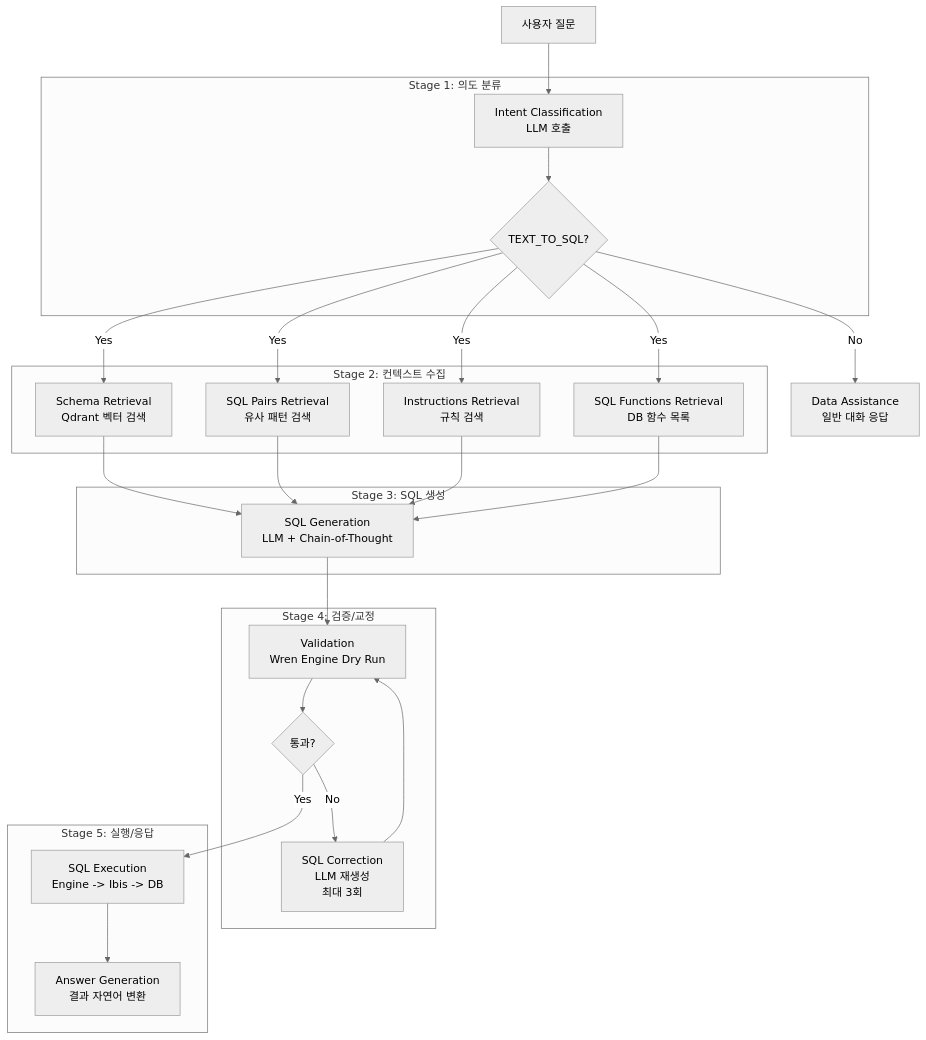
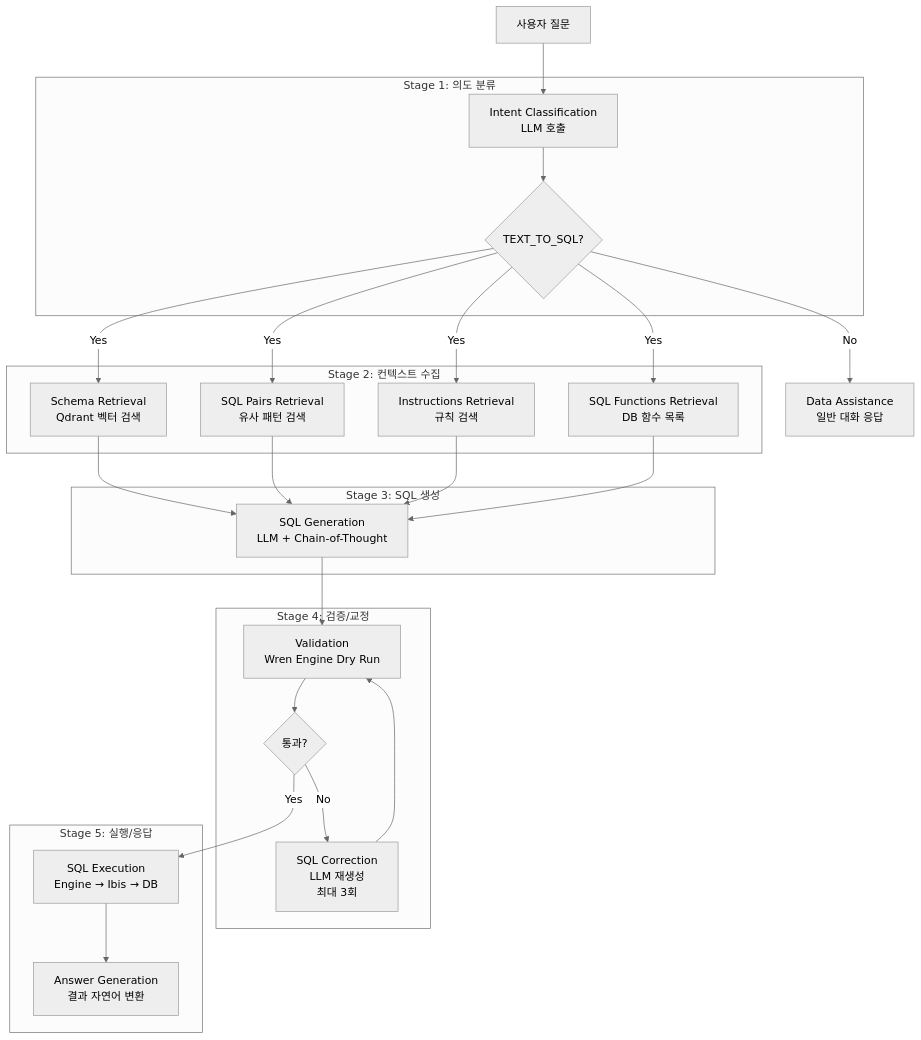
One commit to izzyLim/BIP-Pipeline changed the eighth of 15 diagrams in docs/guide_wrenai.md. Above: the diagram before and after it, drawn with Mermaid (neutral theme). The commit also changed other lines of this file and 3 other files, not shown here.

````diff
--- a/docs/guide_wrenai.md
+++ b/docs/guide_wrenai.md
@@ -437,39 +560,39 @@
 ```mermaid
 flowchart TB
     Q[사용자 질문]
 
     subgraph Stage1["Stage 1: 의도 분류"]
         IC[Intent Classification<br/>LLM 호출]
         IC_R{TEXT_TO_SQL?}
     end
 
     subgraph Stage2["Stage 2: 컨텍스트 수집"]
         SR[Schema Retrieval<br/>Qdrant 벡터 검색]
         SP[SQL Pairs Retrieval<br/>유사 패턴 검색]
         IR[Instructions Retrieval<br/>규칙 검색]
         SF[SQL Functions Retrieval<br/>DB 함수 목록]
     end
 
     subgraph Stage3["Stage 3: SQL 생성"]
         SG[SQL Generation<br/>LLM + Chain-of-Thought]
     end
 
     subgraph Stage4["Stage 4: 검증/교정"]
         VD[Validation<br/>Wren Engine Dry Run]
         VD_R{통과?}
         SC[SQL Correction<br/>LLM 재생성<br/>최대 3회]
     end
 
     subgraph Stage5["Stage 5: 실행/응답"]
-        EX[SQL Execution<br/>Engine -> Ibis -> DB]
+        EX[SQL Execution<br/>Engine → Ibis → DB]
         AN[Answer Generation<br/>결과 자연어 변환]
     end
 
     Q --> IC --> IC_R
     IC_R -->|Yes| SR & SP & IR & SF
     IC_R -->|No| DA[Data Assistance<br/>일반 대화 응답]
     SR & SP & IR & SF --> SG
     SG --> VD --> VD_R
     VD_R -->|Yes| EX --> AN
     VD_R -->|No| SC --> VD
 ```
````
